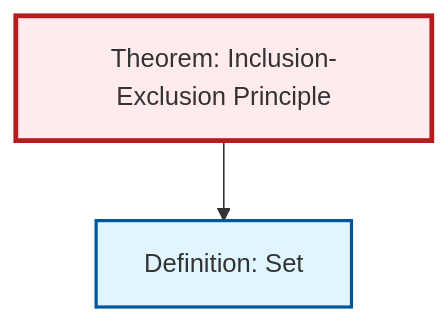
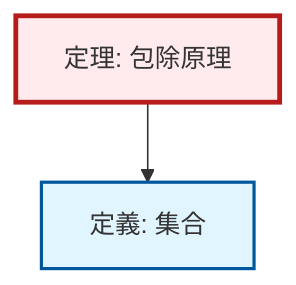
The diagram in content/ja/combinatorics/thm-inclusion-exclusion.qmd (RK0429/ModernMath), drawn with Mermaid before and after one commit. The commit also changed 1069 other files, not shown here.

````diff
--- a/content/ja/combinatorics/thm-inclusion-exclusion.qmd
+++ b/content/ja/combinatorics/thm-inclusion-exclusion.qmd
@@ -103,14 +103,14 @@
 ```{mermaid}
 %%| fig-cap: "Local dependency graph"
 graph TD
     classDef definition fill:#e1f5fe,stroke:#01579b,stroke-width:2px
     classDef theorem fill:#f3e5f5,stroke:#4a148c,stroke-width:2px
     classDef axiom fill:#fff3e0,stroke:#e65100,stroke-width:2px
     classDef example fill:#e8f5e9,stroke:#1b5e20,stroke-width:2px
     classDef current fill:#ffebee,stroke:#b71c1c,stroke-width:3px
-    thm-inclusion-exclusion["Theorem: Inclusion-Exclusion Principle"]:::theorem
-    def-set["Definition: Set"]:::definition
+    thm-inclusion-exclusion["定理: 包除原理"]:::theorem
+    def-set["定義: 集合"]:::definition
     thm-inclusion-exclusion --> def-set
     class thm-inclusion-exclusion current
-    click def-set "def-set.html" "Definition: Setへ"
+    click def-set "def-set.html" "集合の定義へ"
 ```
````
